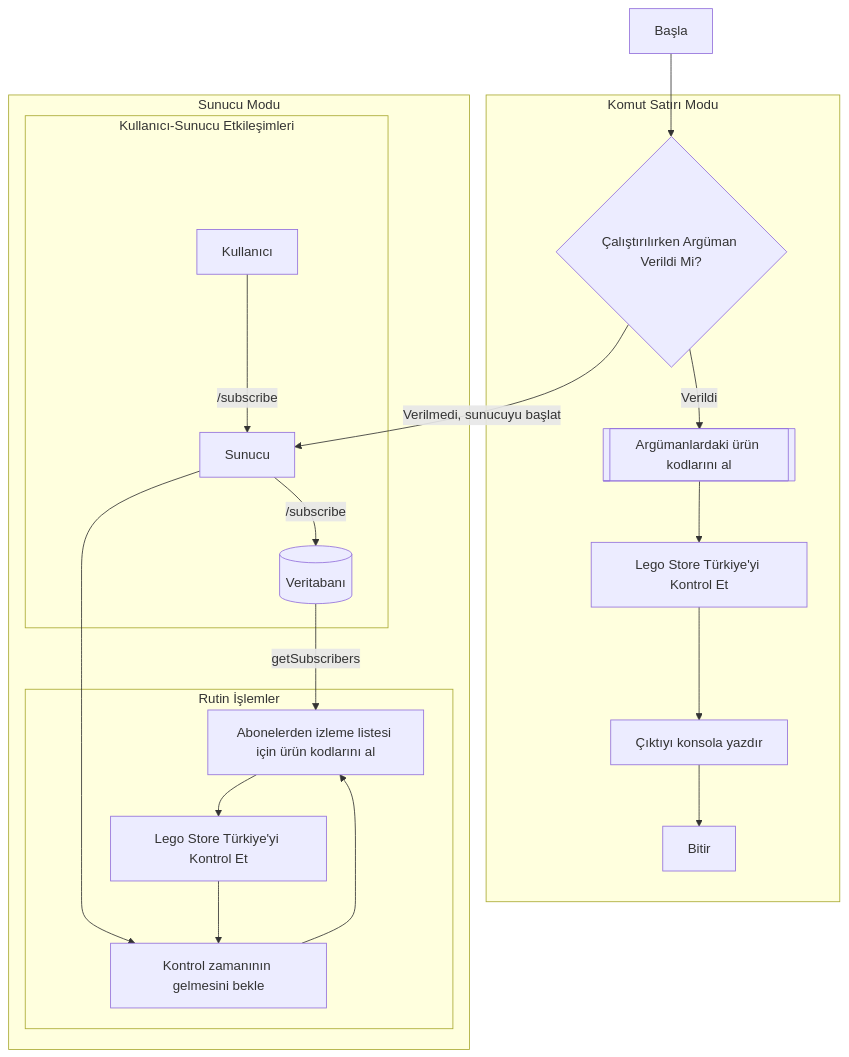
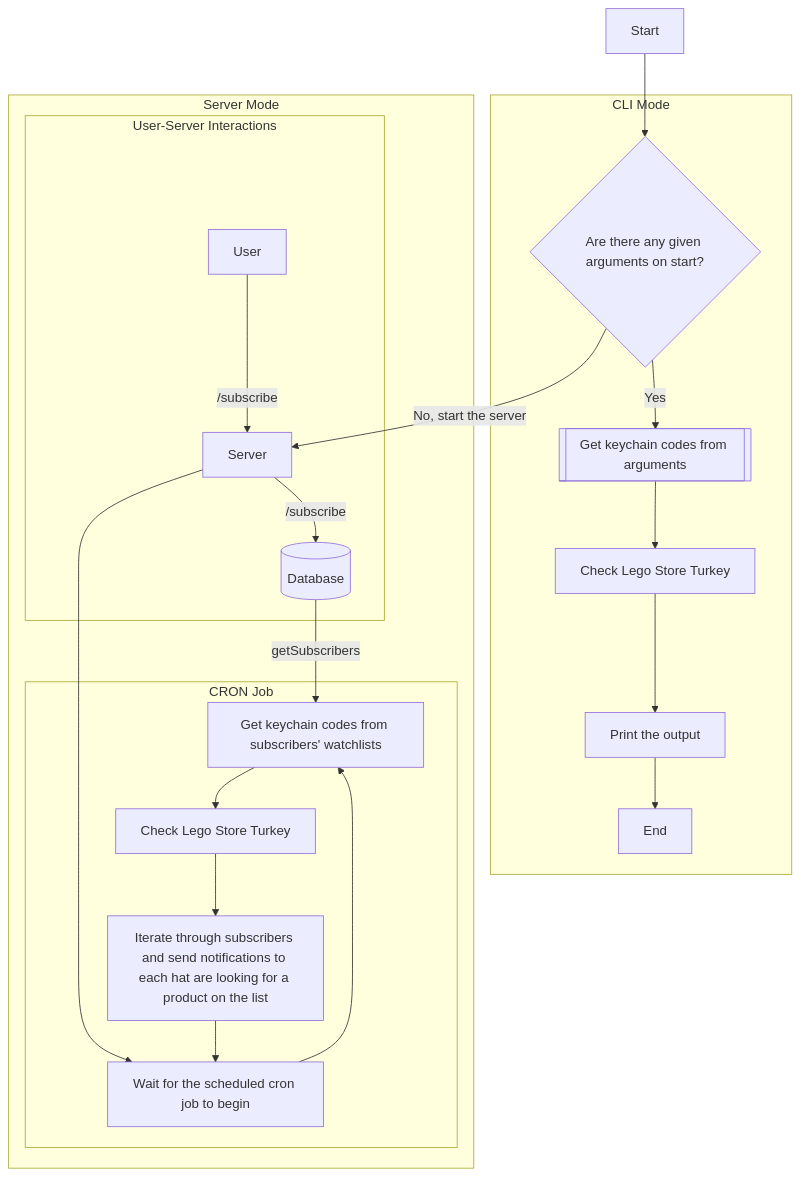
One commit to yussufbiyik/lego-store-stock-checker changed the first of 2 diagrams in readme.md. Above: the diagram before and after it, drawn with Mermaid. The commit also changed other lines of this file and 1 other file, not shown here.

````diff
--- a/readme.md
+++ b/readme.md
@@ -11,24 +10,25 @@
 ```mermaid
 graph TD;
-    A[Başla] --> B{Çalıştırılırken Argüman Verildi Mi?}
-    subgraph Komut Satırı Modu
-    B --> |Verildi| C[[Argümanlardaki ürün kodlarını al]]
-    C --> D[Lego Store Türkiye'yi Kontrol Et]
-    D --> L[Çıktıyı konsola yazdır]
-    L --> M[Bitir]
+    A[Start] --> B{Are there any given arguments on start?}
+    subgraph CLI Mode
+    B --> |Yes| C[[Get keychain codes from arguments]]
+    C --> D[Check Lego Store Turkey]
+    D --> L[Print the output]
+    L --> M[End]
     end
-    subgraph Sunucu Modu
-    B --> |Verilmedi, sunucuyu başlat| E[Sunucu]
-    subgraph Kullanıcı-Sunucu Etkileşimleri
-    F[Kullanıcı] --> |/subscribe| E
-    E --> |/subscribe| I[(Veritabanı)]
+    subgraph Server Mode
+    B --> |No, start the server| E[Server]
+    subgraph User-Server Interactions
+    F[User] --> |/subscribe| E
+    E --> |/subscribe| I[(Database)]
     end
-    subgraph Rutin İşlemler
-    E --> G[Kontrol zamanının gelmesini bekle]
-    G --> J[Abonelerden izleme listesi için ürün kodlarını al]
+    subgraph CRON Job
+    E --> G[Wait for the scheduled cron job to begin]
+    G --> J[Get keychain codes from subscribers' watchlists]
     I --> |getSubscribers| J
-    N --> G
-    J --> N[Lego Store Türkiye'yi Kontrol Et]
+    J --> N[Check Lego Store Turkey]
+    N --> K[Iterate through subscribers and send notifications to each hat are looking for a product on the list]
+    K --> G
     end
     end
 ```
````
